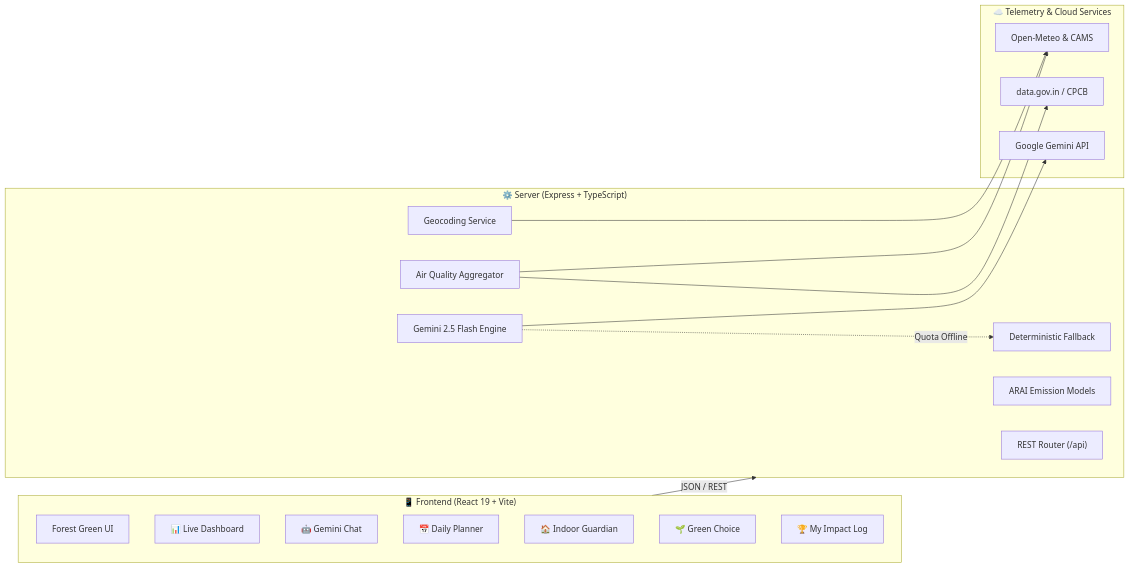
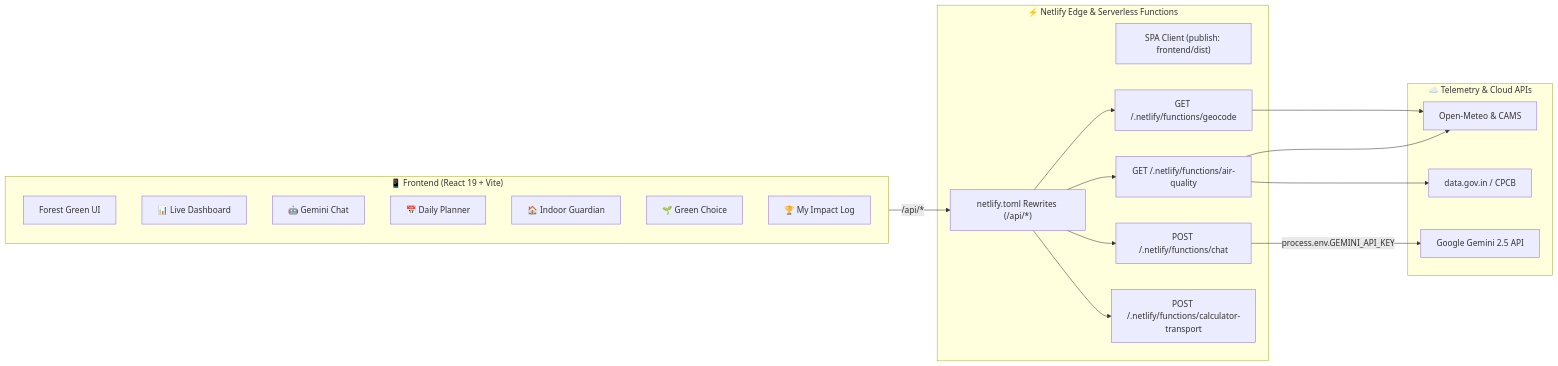
Before and after one commit to mahik2007/AIRWISE: the first of 2 diagrams in README.md, drawn with Mermaid. The commit also changed other lines of this file and 14 other files, not shown here.

Commit message:
feat(netlify): prepare full-stack serverless deployment with Netlify functions, routing, and testing

````diff
--- a/README.md
+++ b/README.md
@@ -34,33 +34,33 @@
 ```mermaid
 flowchart LR
     subgraph Client["📱 Frontend (React 19 + Vite)"]
         UI["Forest Green UI"]
         DASH["📊 Live Dashboard"]
         COPILOT["🤖 Gemini Chat"]
         PLAN["📅 Daily Planner"]
         INDOOR["🏠 Indoor Guardian"]
         GREEN["🌱 Green Choice"]
         LOG["🏆 My Impact Log"]
     end
 
-    subgraph Backend["⚙️ Server (Express + TypeScript)"]
-        API["REST Router (/api)"]
-        GEO["Geocoding Service"]
-        AQ["Air Quality Aggregator"]
-        MODEL["ARAI Emission Models"]
-        GEMINI["Gemini 2.5 Flash Engine"]
-        FALLBACK["Deterministic Fallback"]
+    subgraph Netlify["⚡ Netlify Edge & Serverless Functions"]
+        STATIC["SPA Client (publish: frontend/dist)"]
+        F_CHAT["POST /.netlify/functions/chat"]
+        F_AQ["GET /.netlify/functions/air-quality"]
+        F_GEO["GET /.netlify/functions/geocode"]
+        F_CALC["POST /.netlify/functions/calculator-transport"]
+        REDIRECTS["netlify.toml Rewrites (/api/*)"]
     end
 
-    subgraph DataSources["☁️ Telemetry & Cloud Services"]
+    subgraph External["☁️ Telemetry & Cloud APIs"]
         OM["Open-Meteo & CAMS"]
         CPCB["data.gov.in / CPCB"]
-        AI["Google Gemini API"]
+        AI["Google Gemini 2.5 API"]
     end
 
-    Client -->|JSON / REST| Backend
-    GEO --> OM
-    AQ --> OM & CPCB
-    GEMINI --> AI
-    GEMINI -.->|Quota Offline| FALLBACK
+    Client -->|/api/*| REDIRECTS
+    REDIRECTS --> F_CHAT & F_AQ & F_GEO & F_CALC
+    F_GEO --> OM
+    F_AQ --> OM & CPCB
+    F_CHAT -->|process.env.GEMINI_API_KEY| AI
 ```
````
